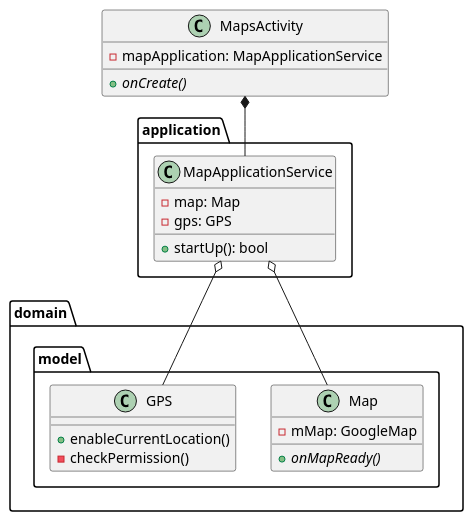
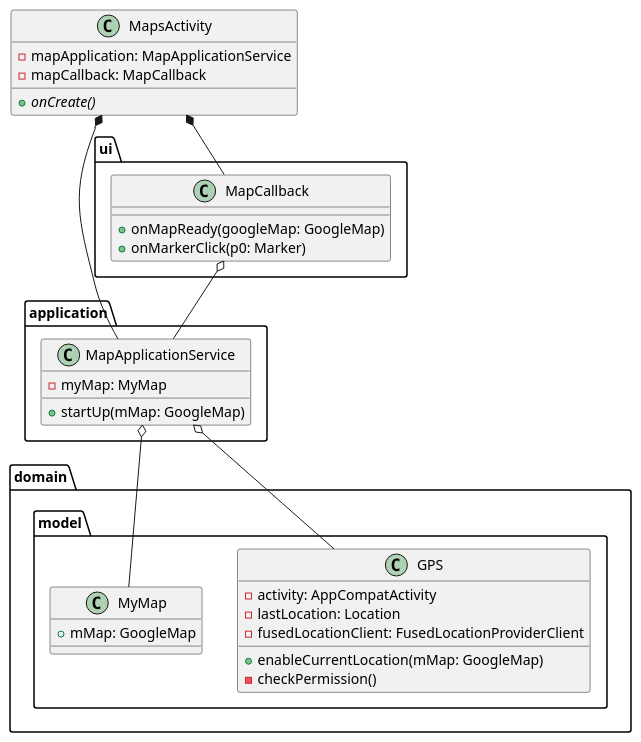
One commit to chamberskaz0301/Walky_BackUp changed the diagram in docs/dev/Feature/F02/001/class-diagram.pu. Above: the diagram before and after it, drawn with PlantUML. The commit also changed 4 other files, not shown here.

```diff
--- a/docs/dev/Feature/F02/001/class-diagram.pu
+++ b/docs/dev/Feature/F02/001/class-diagram.pu
@@ -1,34 +1,50 @@
 @startuml
 
 class MapsActivity {
   - mapApplication: MapApplicationService
+  - mapCallback: MapCallback
+
   + {abstract} onCreate()
 }
 
 package application {
   class MapApplicationService {
-    - map: Map
-    - gps: GPS
-    + startUp(): bool
+    - myMap: MyMap
+
+    + startUp(mMap: GoogleMap)
+  }
+}
+
+package ui {
+  class MapCallback {
+    + onMapReady(googleMap: GoogleMap)
+    + onMarkerClick(p0: Marker)
   }
 }
 
 package domain {
     package model {
-      class Map {
-        - mMap: GoogleMap
-        + {abstract} onMapReady()
+      class GPS {
+        - activity: AppCompatActivity
+        - lastLocation: Location
+        - fusedLocationClient: FusedLocationProviderClient
+
+        + enableCurrentLocation(mMap: GoogleMap)
+        - checkPermission()
       }
 
-      class GPS {
-        + enableCurrentLocation()
-        - checkPermission()
-      }
+    class MyMap {
+      + mMap: GoogleMap
+    }
   }
 }
 
 MapsActivity *-- MapApplicationService
-MapApplicationService o-- Map
+MapsActivity *-- MapCallback
+MapCallback o-- MapApplicationService
+
 MapApplicationService o-- GPS
+MapApplicationService o-- MyMap
+
 
 @enduml
```
